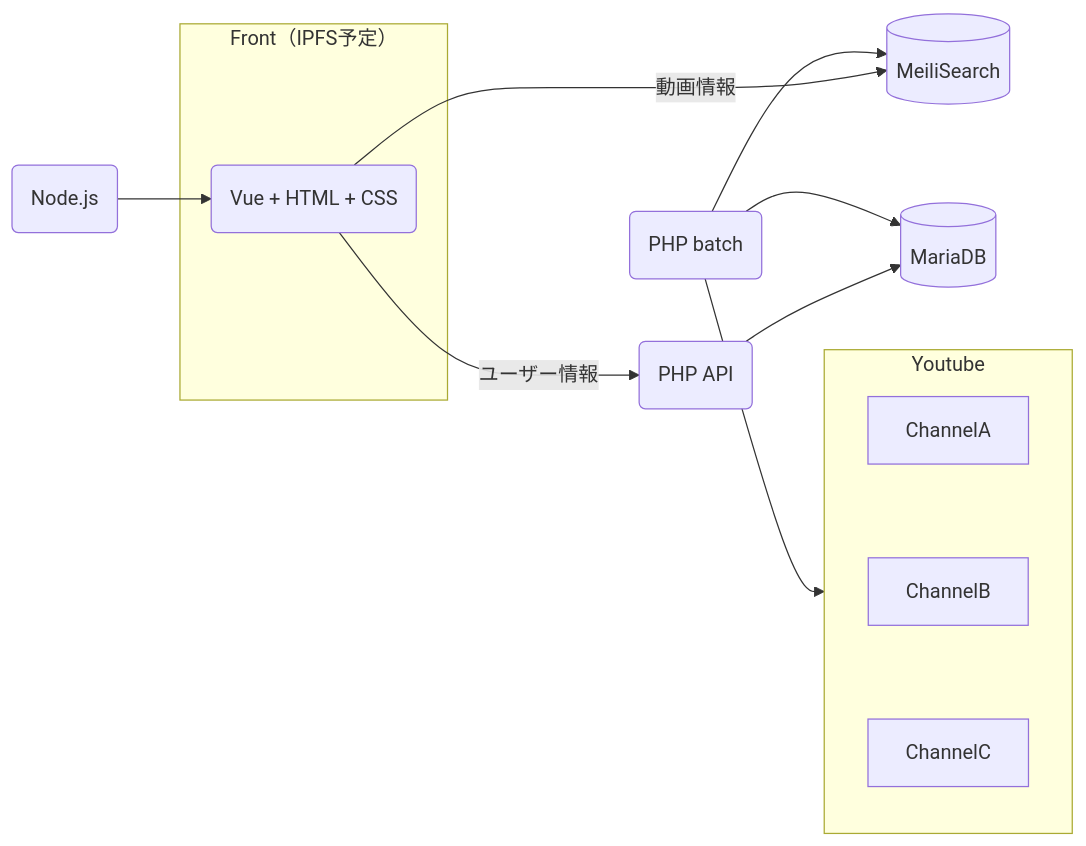
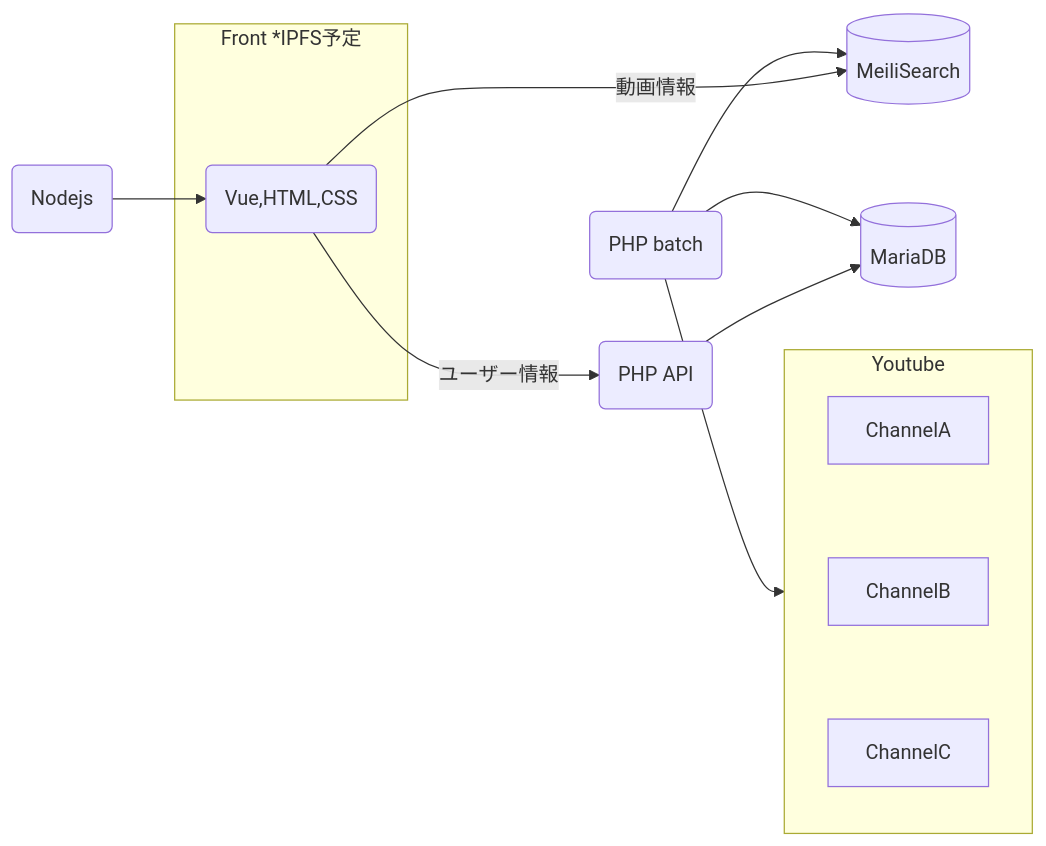
Before and after one commit to joyrswd/youtube-clip-api: the diagram in README.md, drawn with Mermaid.

````diff
--- a/README.md
+++ b/README.md
@@ -22,23 +22,25 @@
 ```mermaid
+
 graph LR
+
     subgraph Youtube
         ChannelA
         ~~~ChannelB
         ~~~ChannelC
     end
     B(PHP batch)
     C[(MariaDB)]
     D[(MeiliSearch)]
     E(PHP API)
-    subgraph web[Front（IPFS予定）]
-        F(Vue + HTML + CSS)
+    subgraph web[Front *IPFS予定]
+        F(Vue,HTML,CSS)
     end
-    G(Node.js)
+    G(Nodejs)
     B --> Youtube
     B --> C
     B --> D
     E --> C
     F -->|動画情報| D
     F -->|ユーザー情報| E
     G --> F
 ```
````
